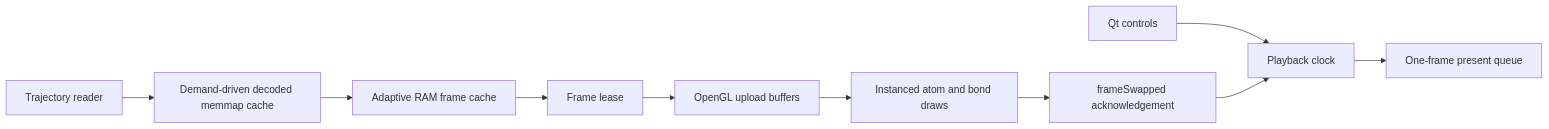
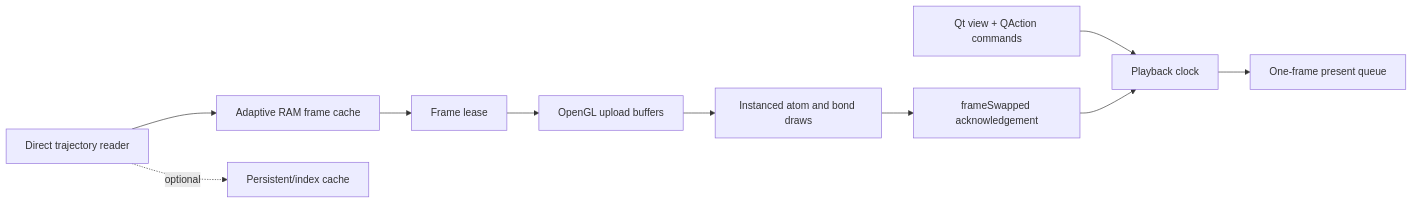
One commit to luosj1212/TrajPlayer changed the diagram in README.md. Above: the diagram before and after it, drawn with Mermaid. The commit also changed other lines of this file and 60 other files, not shown here.

Commit message:
Rework frame pipeline and direct trajectory readers

````diff
--- a/README.md
+++ b/README.md
@@ -215,12 +221,12 @@
 ```mermaid
 flowchart LR
-    UI["Qt controls"] --> P["Playback clock"]
+    UI["Qt view + QAction commands"] --> P["Playback clock"]
     P --> Q["One-frame present queue"]
-    D["Trajectory reader"] --> M["Demand-driven decoded memmap cache"]
-    M --> S["Adaptive RAM frame cache"]
+    D["Direct trajectory reader"] --> S["Adaptive RAM frame cache"]
+    D -. optional .-> C["Persistent/index cache"]
     S --> L["Frame lease"]
     L --> G["OpenGL upload buffers"]
     G --> R["Instanced atom and bond draws"]
     R --> A["frameSwapped acknowledgement"]
     A --> P
 ```
````
